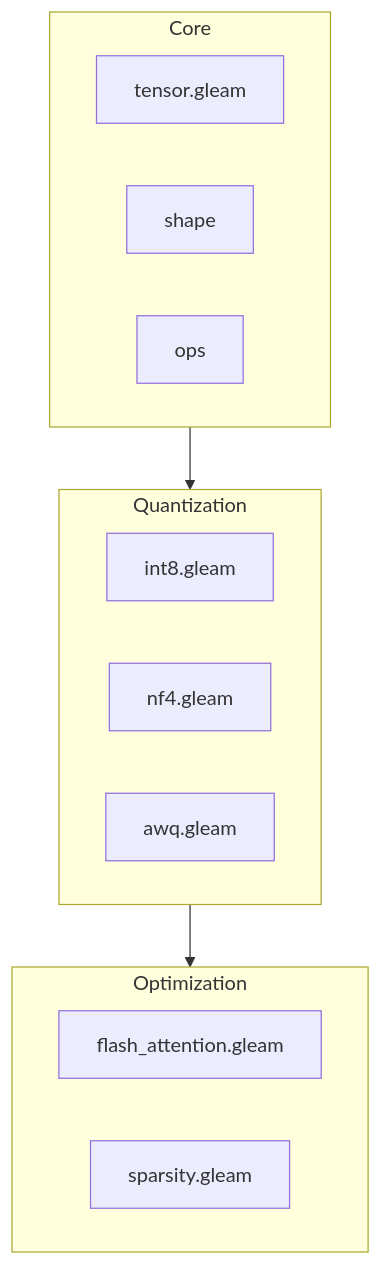
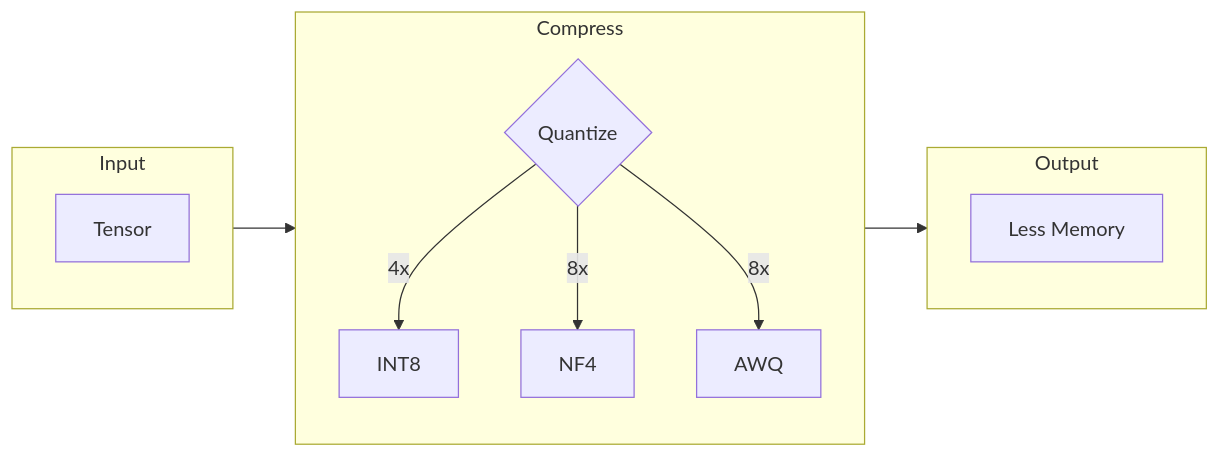
Before and after one commit to gabrielmaialva33/viva_tensor: the second of 2 diagrams in docs/en/README.md, drawn with Mermaid. The commit also changed other lines of this file and 25 other files, not shown here.

````diff
--- a/docs/en/README.md
+++ b/docs/en/README.md
@@ -39,22 +23,19 @@
 ```mermaid
-graph TB
-    subgraph Core
-        T[tensor.gleam]
-        S[shape]
-        O[ops]
+flowchart LR
+    subgraph In["Input"]
+        T[Tensor]
     end
 
-    subgraph Quantization
-        I[int8.gleam]
-        N[nf4.gleam]
-        A[awq.gleam]
+    subgraph Compress
+        Q{Quantize}
+        Q -->|4x| I8[INT8]
+        Q -->|8x| N4[NF4]
+        Q -->|8x| AW[AWQ]
     end
 
-    subgraph Optimization
-        F[flash_attention.gleam]
-        P[sparsity.gleam]
+    subgraph Out["Output"]
+        M[Less Memory]
     end
 
-    Core --> Quantization
-    Quantization --> Optimization
+    In --> Compress --> Out
 ```
````
